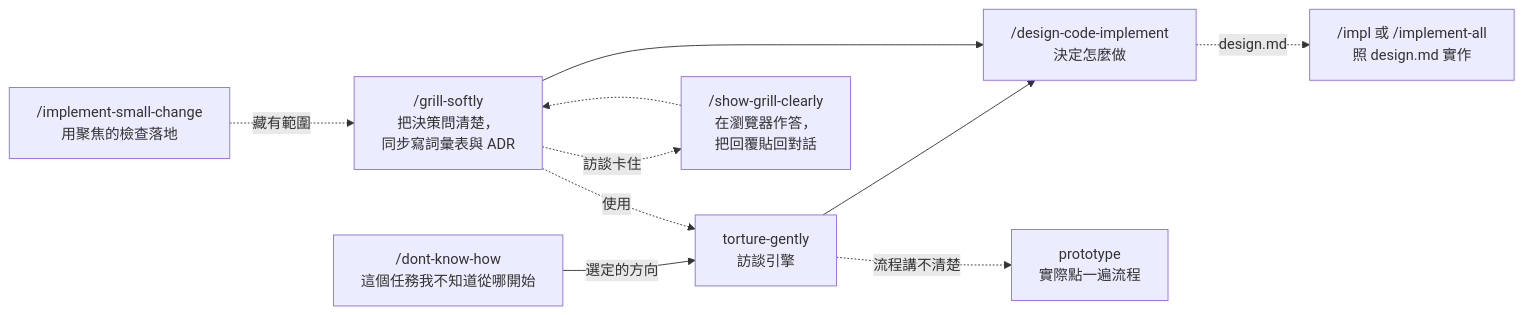
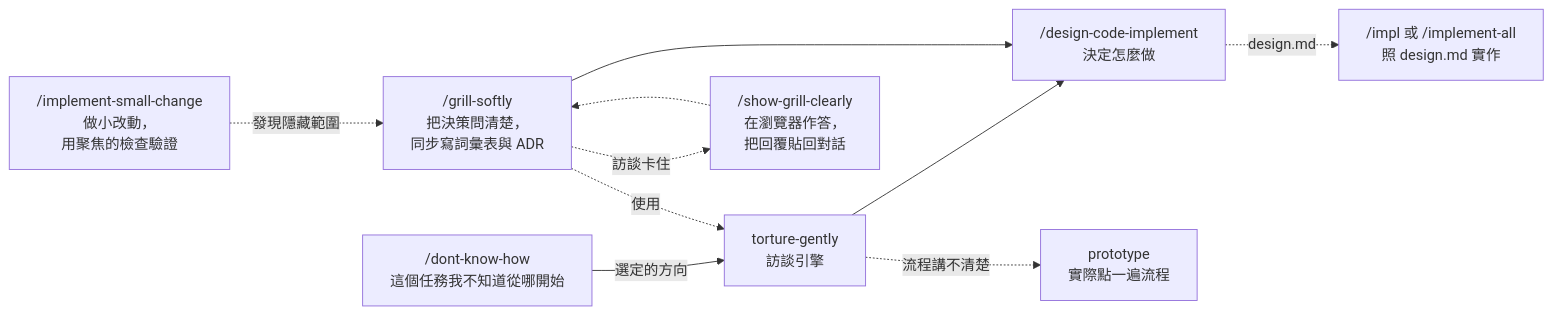
Before and after one commit to GUOJIE-HONG/skills: the diagram in README.zh-TW.md, drawn with Mermaid. The commit also changed other lines of this file and 1 other file, not shown here.

````diff
--- a/README.zh-TW.md
+++ b/README.zh-TW.md
@@ -68,14 +68,14 @@
 ```mermaid
 flowchart LR
     A["/dont-know-how<br/>這個任務我不知道從哪開始"] -->|"選定的方向"| F["torture-gently<br/>訪談引擎"]
     F --> C
     F -. 流程講不清楚 .-> P["prototype<br/>實際點一遍流程"]
     B["/grill-softly<br/>把決策問清楚，<br/>同步寫詞彙表與 ADR"]
     B --> C["/design-code-implement<br/>決定怎麼做"]
-    D["/implement-small-change<br/>用聚焦的檢查落地"]
+    D["/implement-small-change<br/>做小改動，<br/>用聚焦的檢查驗證"]
     C -.->|"design.md"| G["/impl 或 /implement-all<br/>照 design.md 實作"]
     B -. 訪談卡住 .-> E["/show-grill-clearly<br/>在瀏覽器作答，<br/>把回覆貼回對話"]
     E -.-> B
     B -. 使用 .-> F
-    D -. 藏有範圍 .-> B
+    D -. 發現隱藏範圍 .-> B
 ```
````
